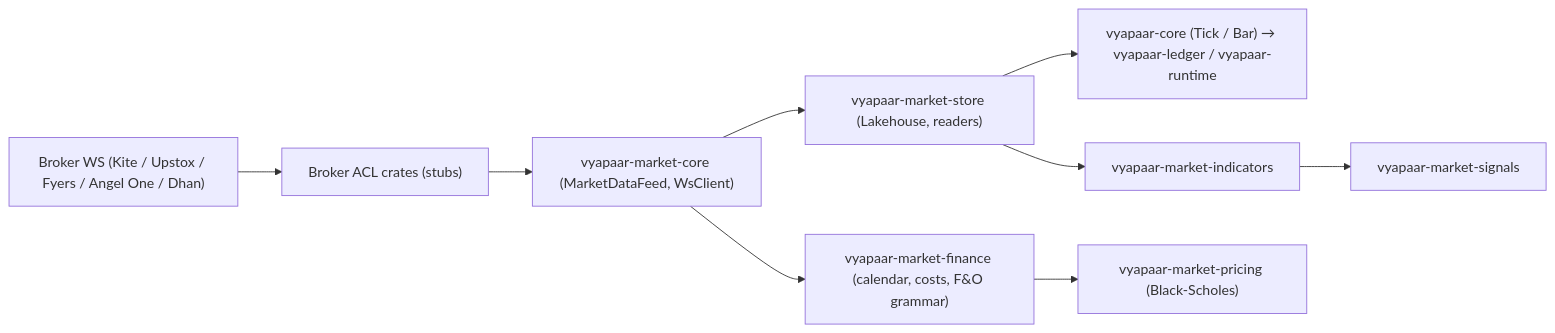
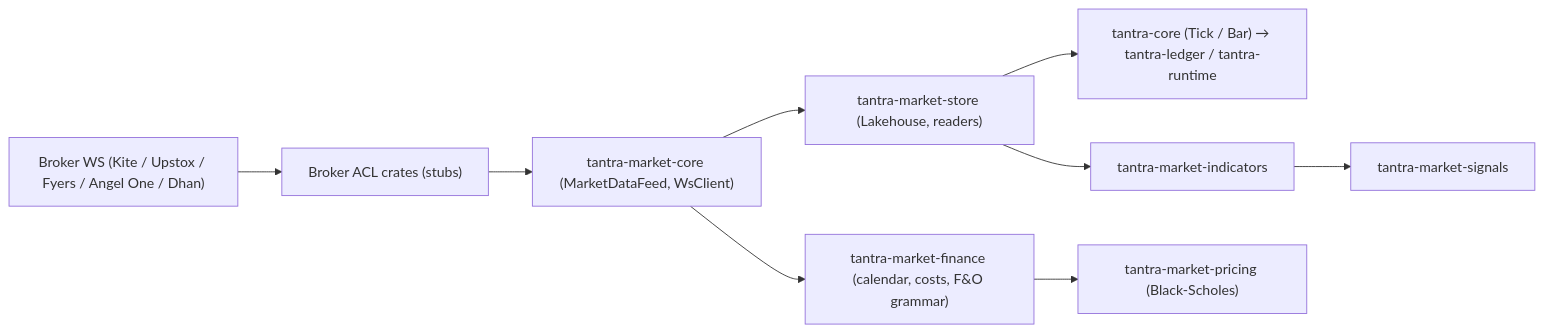
One commit to tantra-labs/tantra-market changed the diagram in docs/design/architecture.md. Above: the diagram before and after it, drawn with Mermaid. The commit also changed other lines of this file and 384 other files, not shown here.

Commit message:
refactor(market): rename vyapaar-* crates to tantra-*

````diff
--- a/docs/design/architecture.md
+++ b/docs/design/architecture.md
@@ -14,11 +14,11 @@
 ```mermaid
 flowchart LR
     Broker["Broker WS (Kite / Upstox / Fyers / Angel One / Dhan)"] --> ACL["Broker ACL crates (stubs)"]
-    ACL --> Core["vyapaar-market-core (MarketDataFeed, WsClient)"]
-    Core --> Store["vyapaar-market-store (Lakehouse, readers)"]
-    Store --> Domain["vyapaar-core (Tick / Bar) → vyapaar-ledger / vyapaar-runtime"]
-    Core --> Finance["vyapaar-market-finance (calendar, costs, F&O grammar)"]
-    Finance --> Pricing["vyapaar-market-pricing (Black-Scholes)"]
-    Store --> Indicators["vyapaar-market-indicators"]
-    Indicators --> Signals["vyapaar-market-signals"]
+    ACL --> Core["tantra-market-core (MarketDataFeed, WsClient)"]
+    Core --> Store["tantra-market-store (Lakehouse, readers)"]
+    Store --> Domain["tantra-core (Tick / Bar) → tantra-ledger / tantra-runtime"]
+    Core --> Finance["tantra-market-finance (calendar, costs, F&O grammar)"]
+    Finance --> Pricing["tantra-market-pricing (Black-Scholes)"]
+    Store --> Indicators["tantra-market-indicators"]
+    Indicators --> Signals["tantra-market-signals"]
 ```
````
